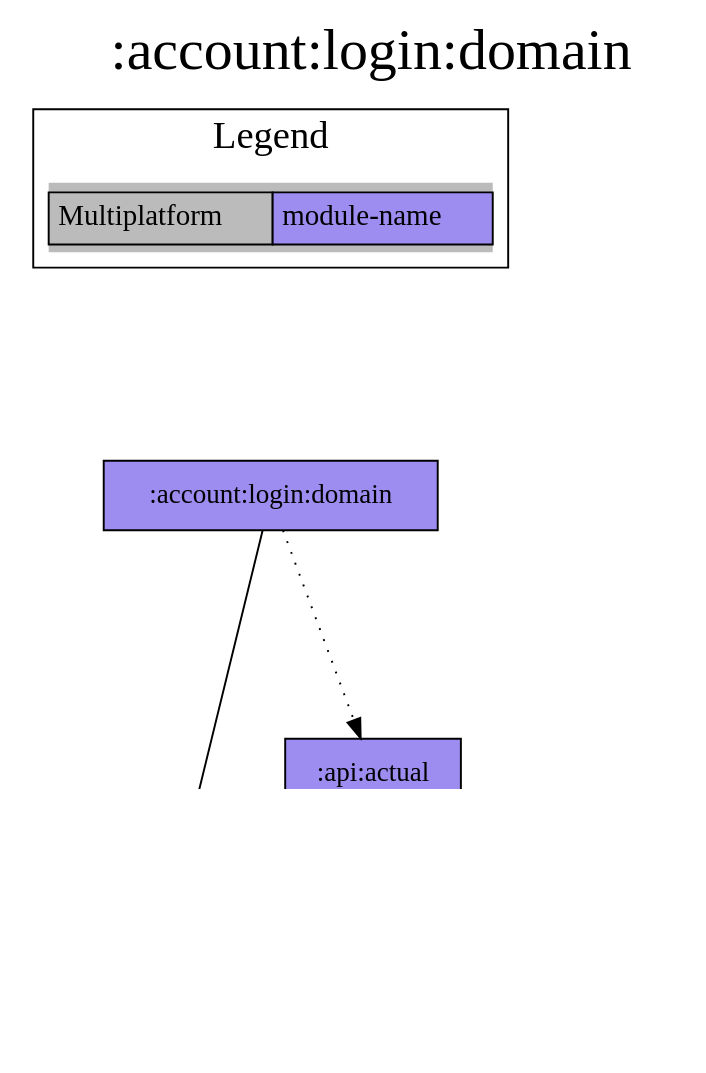
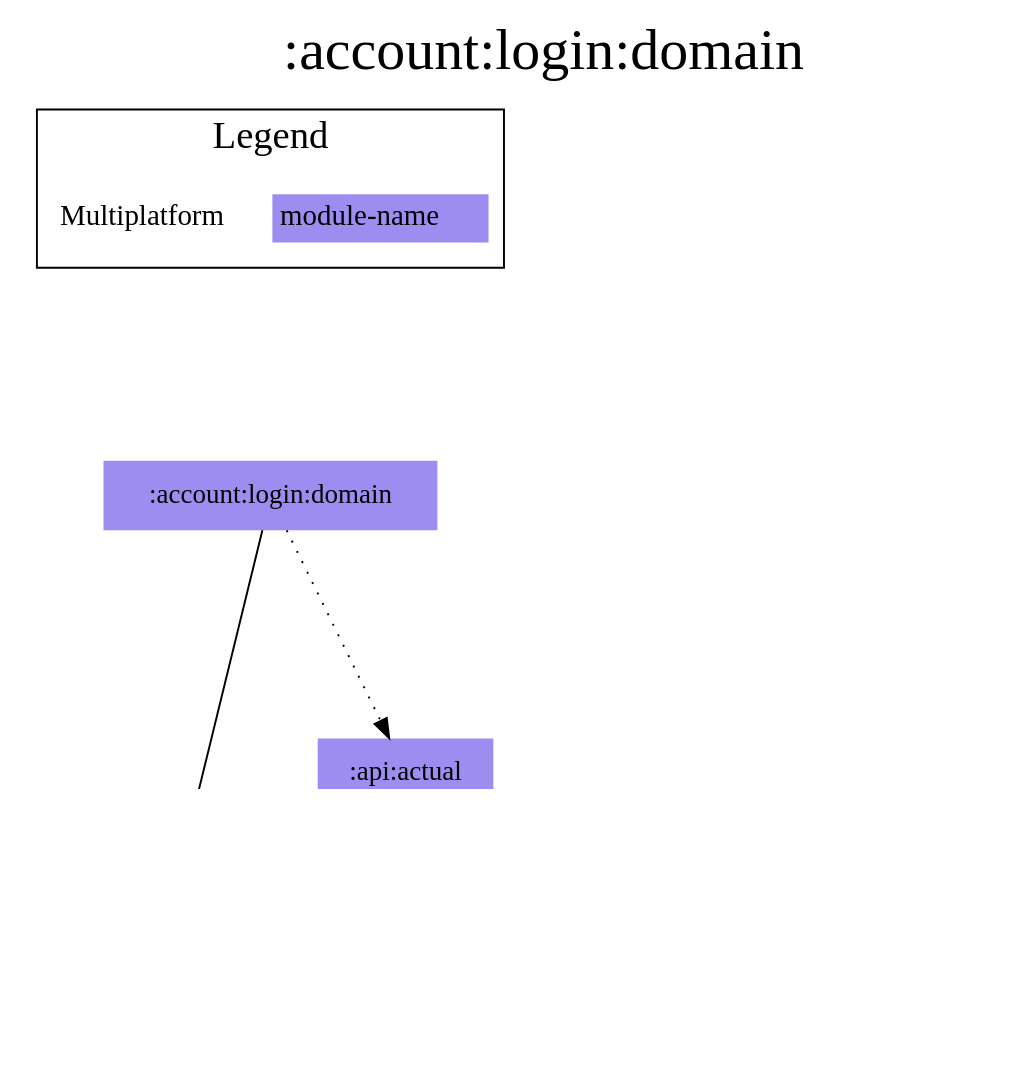
The diagram in modules/account/login/domain/project-dependency-graph.dot (jonapoul/aktual), drawn with Graphviz before and after one commit. The commit also changed 62 other files, not shown here.

Commit message:
Reworked diagrams plugin a bit

```diff
--- a/modules/account/login/domain/project-dependency-graph.dot
+++ b/modules/account/login/domain/project-dependency-graph.dot
@@ -1,28 +1,30 @@
 digraph {
 edge ["dir"="forward"]
 graph ["dpi"="100","label"=":account:login:domain","labelloc"="t","fontsize"="30","ranksep"="1.5","rankdir"="TB"]
 node ["style"="filled"]
-":account:login:domain" ["fillcolor"="#9D8DF1","shape"="box"]
-":account:model" ["fillcolor"="#9D8DF1","shape"="box"]
-":api:actual" ["fillcolor"="#9D8DF1","shape"="box"]
-":budget:model" ["fillcolor"="#9D8DF1","shape"="box"]
-":url:model" ["fillcolor"="#9D8DF1","shape"="box"]
+":account:login:domain" ["fillcolor"="#9D8DF1","shape"="none"]
+":account:model" ["fillcolor"="#9D8DF1","shape"="none"]
+":api:actual" ["fillcolor"="#9D8DF1","shape"="none"]
+":budget:model" ["fillcolor"="#9D8DF1","shape"="none"]
+":url:model" ["fillcolor"="#9D8DF1","shape"="none"]
+":codegen:annotation" ["fillcolor"="#9D8DF1","shape"="none"]
 {
 edge ["dir"="none"]
 graph ["rank"="same"]
 }
 ":account:login:domain" -> ":account:model"
 ":account:login:domain" -> ":api:actual" ["style"="dotted"]
 ":api:actual" -> ":account:model"
 ":api:actual" -> ":budget:model"
+":api:actual" -> ":codegen:annotation" ["style"="dotted"]
 ":api:actual" -> ":url:model"
 subgraph "cluster_legend" {
 edge ["dir"="none"]
 graph ["label"="Legend","fontsize"="20"]
-"Legend" ["style"="filled","fillcolor"="#bbbbbb","shape"="none","margin"="0","fontsize"="15","label"=<
-<TABLE BORDER="0" CELLBORDER="1" CELLSPACING="0" CELLPADDING="4">
+"Legend" ["style"="filled","fillcolor"="#FFFFFF","shape"="none","margin"="0","fontsize"="15","label"=<
+<TABLE BORDER="0" CELLBORDER="0" CELLSPACING="0" CELLPADDING="4">
 <TR><TD>Multiplatform</TD><TD BGCOLOR="#9D8DF1">module-name</TD></TR>
 </TABLE>
 >]
 } -> ":account:login:domain" ["style"="invis"]
 }
```
